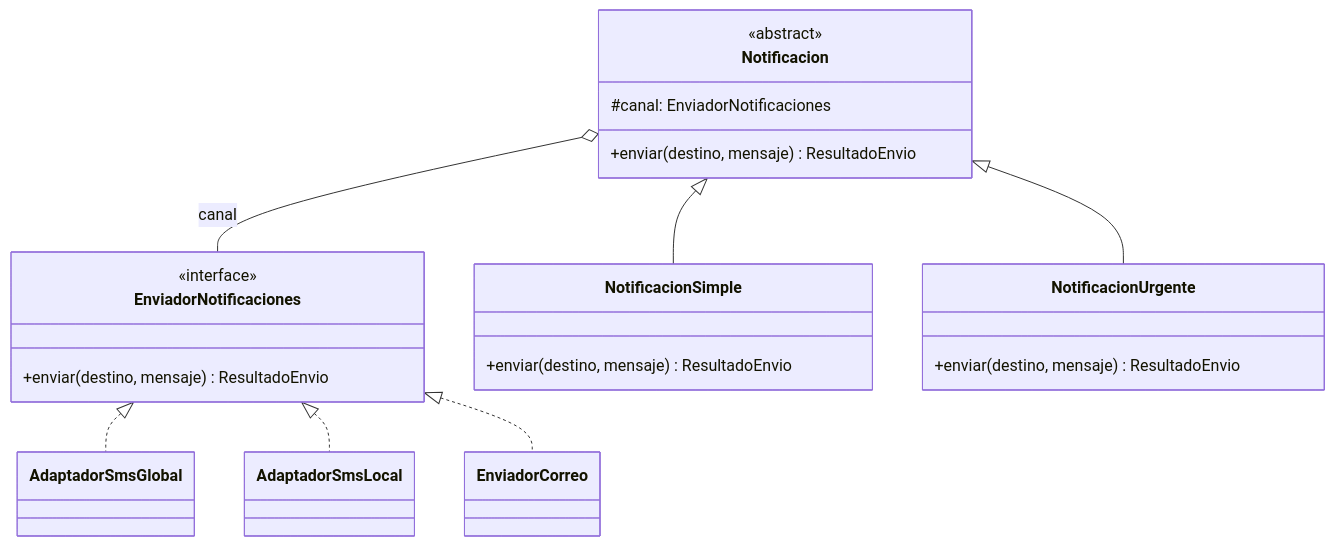
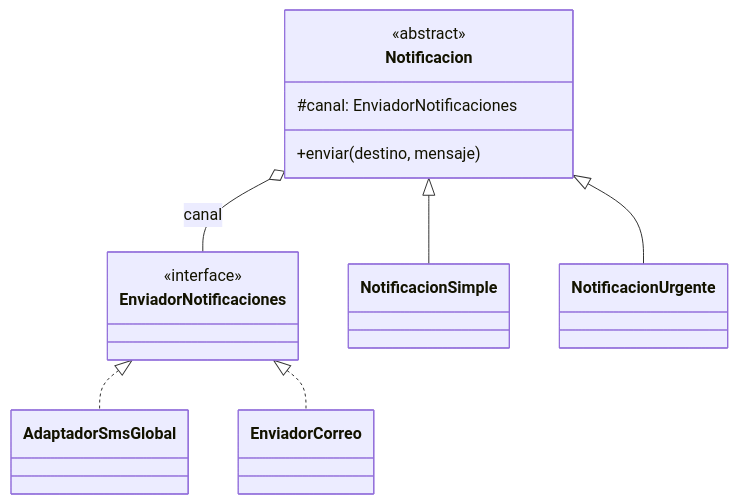
Before and after one commit to Jean0405/SistemaGestionDigital: the third of 10 diagrams in README.md, drawn with Mermaid. The commit also changed other lines of this file and 18 other files, not shown here.

````diff
--- a/README.md
+++ b/README.md
@@ -858,29 +226,16 @@
 ```mermaid
 classDiagram
-    class EnviadorNotificaciones {
-        <<interface>>
-        +enviar(destino, mensaje) ResultadoEnvio
-    }
-    class AdaptadorSmsGlobal
-    class AdaptadorSmsLocal
-    class EnviadorCorreo
-
     class Notificacion {
         <<abstract>>
         #canal: EnviadorNotificaciones
-        +enviar(destino, mensaje) ResultadoEnvio
+        +enviar(destino, mensaje)
     }
-    class NotificacionSimple {
-        +enviar(destino, mensaje) ResultadoEnvio
+    class EnviadorNotificaciones {
+        <<interface>>
     }
-    class NotificacionUrgente {
-        +enviar(destino, mensaje) ResultadoEnvio
-    }
-
-    EnviadorNotificaciones <|.. AdaptadorSmsGlobal
-    EnviadorNotificaciones <|.. AdaptadorSmsLocal
-    EnviadorNotificaciones <|.. EnviadorCorreo
-    Notificacion o-- EnviadorNotificaciones : canal
     Notificacion <|-- NotificacionSimple
     Notificacion <|-- NotificacionUrgente
+    Notificacion o-- EnviadorNotificaciones : canal
+    EnviadorNotificaciones <|.. AdaptadorSmsGlobal
+    EnviadorNotificaciones <|.. EnviadorCorreo
 ```
````
